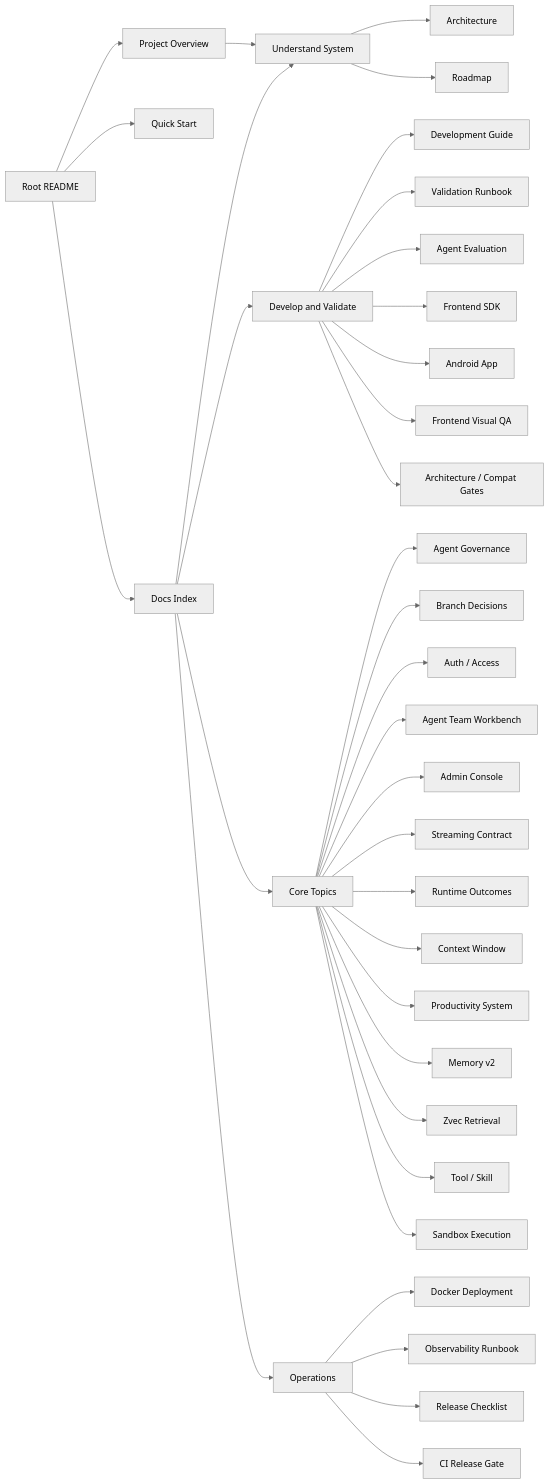
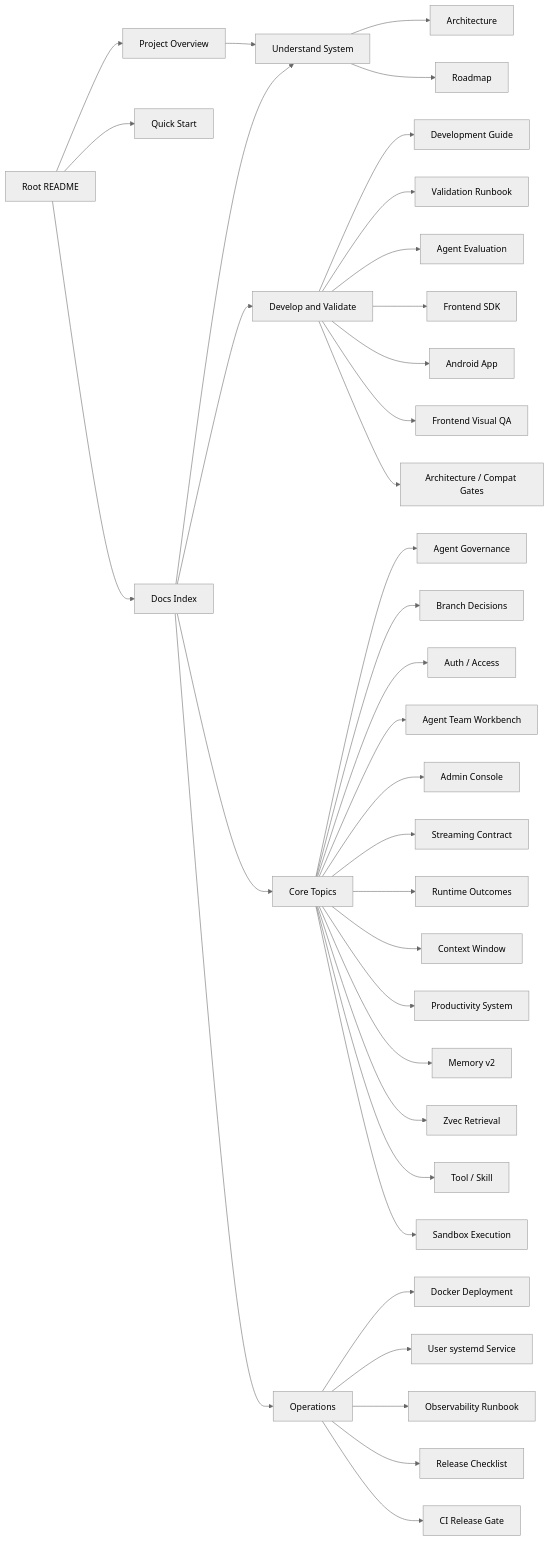
Before and after one commit to William-zgx/focus-agent: the diagram in docs/README.md, drawn with Mermaid (neutral theme). The commit also changed other lines of this file and 46 other files, not shown here.

````diff
--- a/docs/README.md
+++ b/docs/README.md
@@ -12,37 +12,38 @@
 ```mermaid
 flowchart LR
     README["Root README"] --> Overview["Project Overview"]
     README --> Quick["Quick Start"]
     README --> Docs["Docs Index"]
     Overview --> Understand["Understand System"]
     Docs --> Understand
     Docs --> Develop["Develop and Validate"]
     Docs --> Topics["Core Topics"]
     Docs --> Ops["Operations"]
     Understand --> Architecture["Architecture"]
     Understand --> Roadmap["Roadmap"]
     Develop --> DevGuide["Development Guide"]
     Develop --> Validation["Validation Runbook"]
     Develop --> EvalGuide["Agent Evaluation"]
     Develop --> SDK["Frontend SDK"]
     Develop --> Android["Android App"]
     Develop --> FrontendQA["Frontend Visual QA"]
     Develop --> Debt["Architecture / Compat Gates"]
     Topics --> Governance["Agent Governance"]
     Topics --> BranchDecision["Branch Decisions"]
     Topics --> AuthAccess["Auth / Access"]
     Topics --> AgentTeam["Agent Team Workbench"]
     Topics --> Admin["Admin Console"]
     Topics --> Streaming["Streaming Contract"]
     Topics --> Outcomes["Runtime Outcomes"]
     Topics --> ContextWindow["Context Window"]
     Topics --> Productivity["Productivity System"]
     Topics --> Memory["Memory v2"]
     Topics --> Retrieval["Zvec Retrieval"]
     Topics --> Tools["Tool / Skill"]
     Topics --> Sandbox["Sandbox Execution"]
     Ops --> Docker["Docker Deployment"]
+    Ops --> UserSystemd["User systemd Service"]
     Ops --> Observability["Observability Runbook"]
     Ops --> Release["Release Checklist"]
     Ops --> CIGate["CI Release Gate"]
 ```
````
